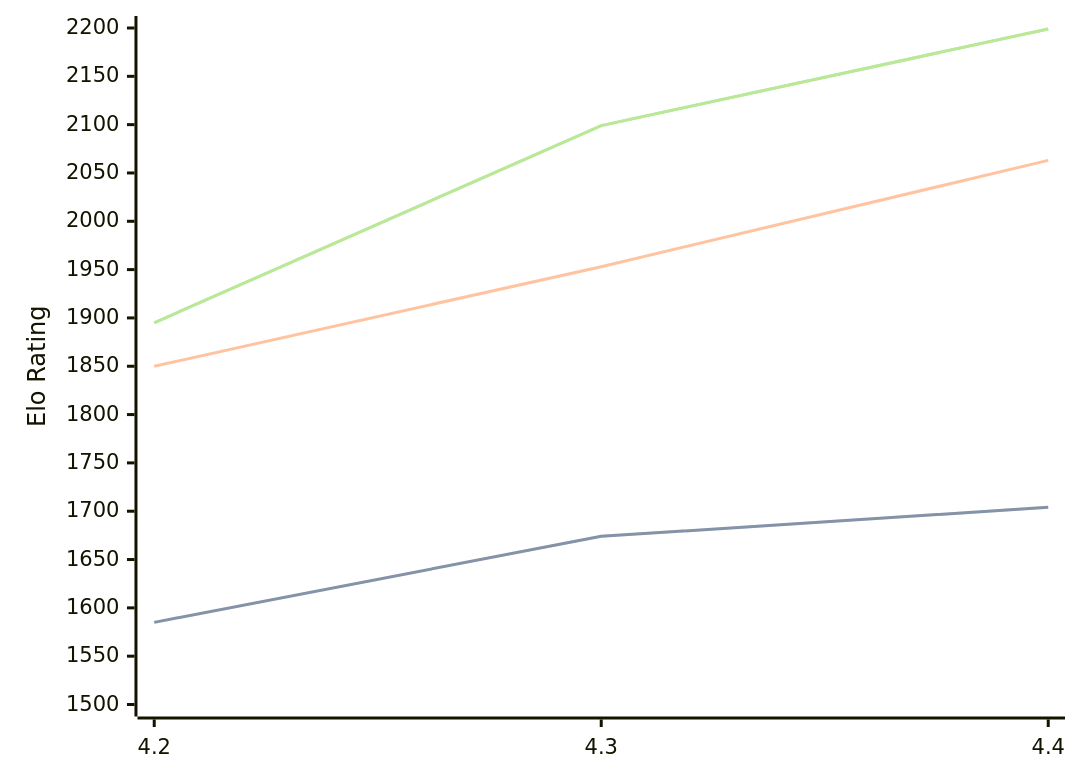
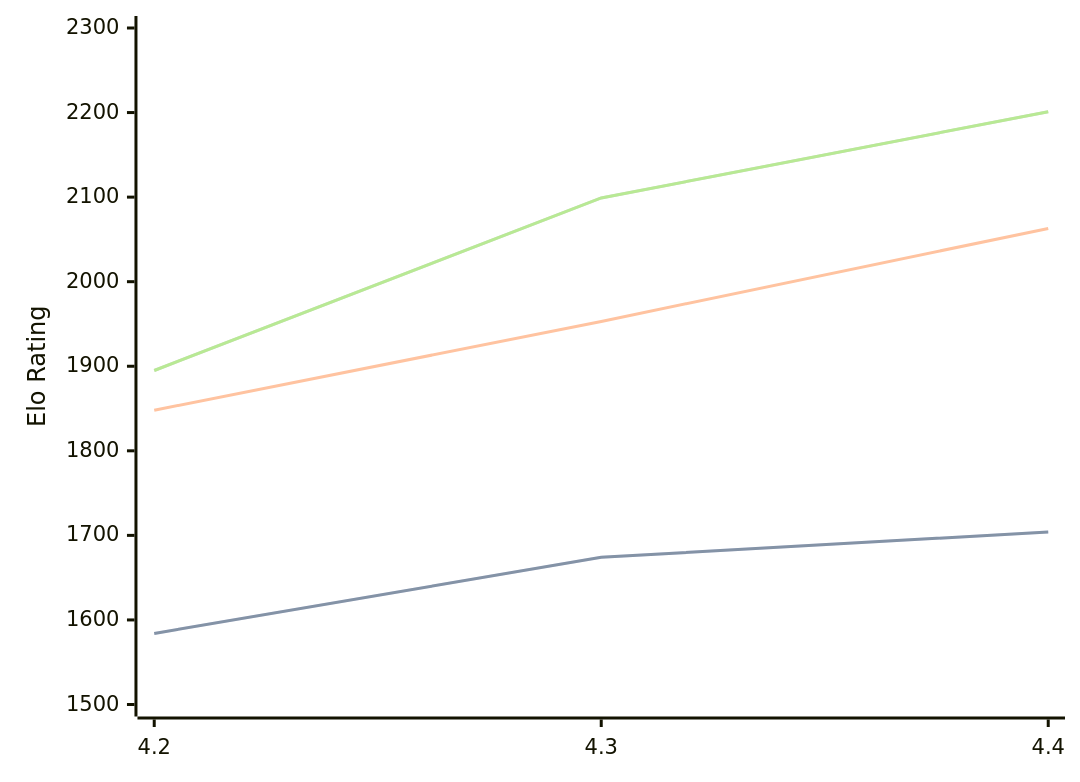
Before and after one commit to computer-chess-index/cci: the diagram in engines/Radiance.md, drawn with Mermaid. The commit also changed other lines of this file, not shown here.

Commit message:
Update CCI Ratings (ELO VLTC) - 2026-09-11

````diff
--- a/engines/Radiance.md
+++ b/engines/Radiance.md
@@ -33,11 +33,11 @@
 ```mermaid
 %%{init: {"theme":"base","themeVariables":{"seriesColors:['#a3a3a3','#222221','#faa371']}}}%%
 xychart-beta
   x-axis ["4.2", "4.3", "4.4"]
-  y-axis "Elo Rating" 1500 --> 2200
-  line "" [1585, 1674, 1704]
-  line "STC (8.0+0.08s)" [1585, 1674, 1704]
-  line "LTC (60.0+0.60s)" [1850, 1953, 2063]
-  line "" [1895, 2099, 2199]
-  line "VLTC (2m24s+1.12s)" [1895, 2099, 2199]
+  y-axis "Elo Rating" 1500 --> 2300
+  line "" [1584, 1674, 1704]
+  line "STC (8.0+0.08s)" [1584, 1674, 1704]
+  line "LTC (60.0+0.60s)" [1848, 1953, 2063]
+  line "" [1895, 2099, 2201]
+  line "VLTC (2m24s+1.12s)" [1895, 2099, 2201]
 ```
````
